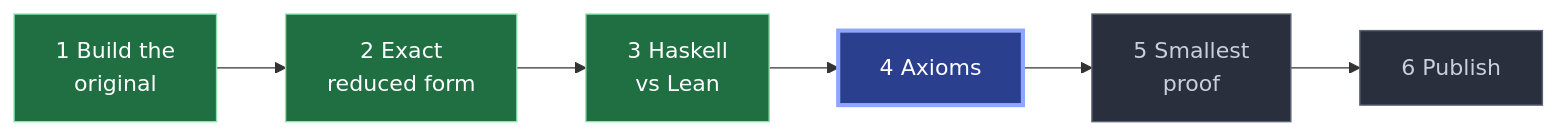
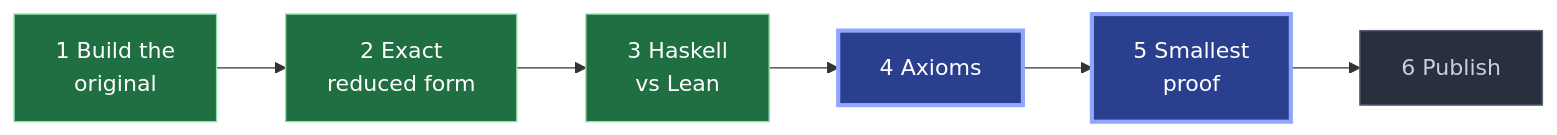
The diagram in BUILD-STATUS.md (keithadler/rh-trim), drawn with Mermaid before and after one commit. The commit also changed other lines of this file and 12 other files, not shown here.

````diff
--- a/BUILD-STATUS.md
+++ b/BUILD-STATUS.md
@@ -18,14 +18,14 @@
 ```mermaid
 flowchart LR
   build["1 Build the<br>original"] --> export["2 Exact<br>reduced form"] --> race["3 Haskell<br>vs Lean"] --> axioms["4 Axioms"] --> minify["5 Smallest<br>proof"] --> publish["6 Publish"]
   classDef done fill:#1f6f43,stroke:#8fe3b0,color:#fff
   classDef now fill:#2b3f8f,stroke:#8fa6ff,color:#fff,stroke-width:3px
   classDef next fill:#2a2f3d,stroke:#5b6378,color:#c9cfdc
   classDef stop fill:#7a2a2a,stroke:#ff9b9b,color:#fff
   class build done
   class export done
   class race done
   class axioms now
-  class minify next
+  class minify now
   class publish next
 ```
````
